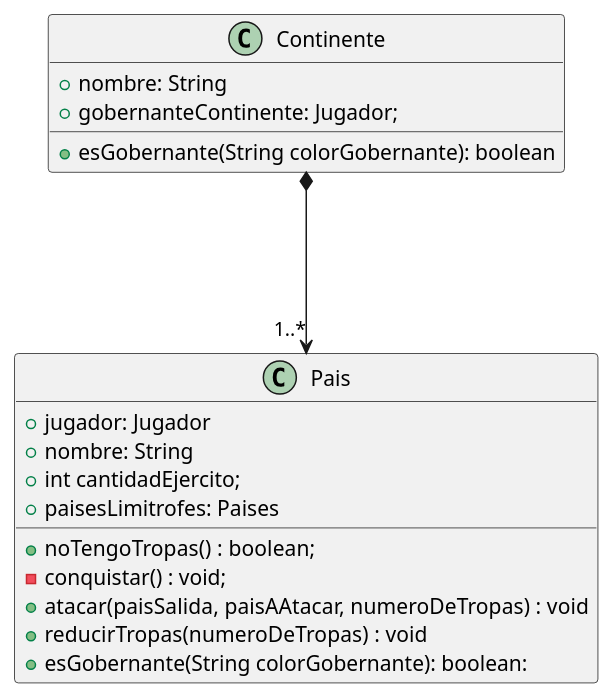
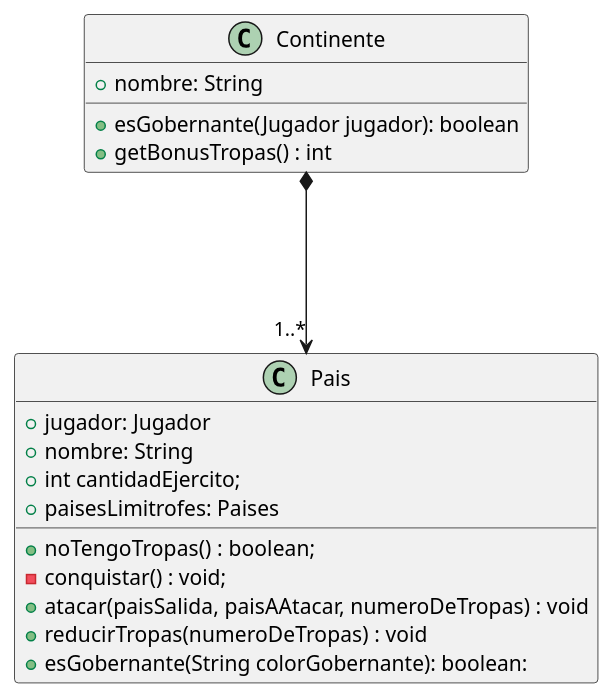
Before and after one commit to tomasshiao/TP2_Algo3: the diagram in diagramas/diagramaClaseContinente.plantuml, drawn with PlantUML. The commit also changed 1 other file, not shown here.

Commit message:
cambios solo diagrama

```diff
--- a/diagramas/diagramaClaseContinente.plantuml
+++ b/diagramas/diagramaClaseContinente.plantuml
@@ -1,30 +1,30 @@
 @startuml
 
 class Continente{
     +nombre: String
-    +gobernanteContinente: Jugador;
 
-    + esGobernante(String colorGobernante): boolean
+    + esGobernante(Jugador jugador): boolean
+    +getBonusTropas() : int
 
 
 
 }
 
 class Pais{
     +jugador: Jugador
     +nombre: String
     +int cantidadEjercito;
     +paisesLimitrofes: Paises
 
     + noTengoTropas() : boolean;
     - conquistar() : void;
     + atacar(paisSalida, paisAAtacar, numeroDeTropas) : void
     + reducirTropas(numeroDeTropas) : void
    + esGobernante(String colorGobernante): boolean:
 
 
 }
 
 Continente *---> "1..*"Pais
 
 @enduml
```
